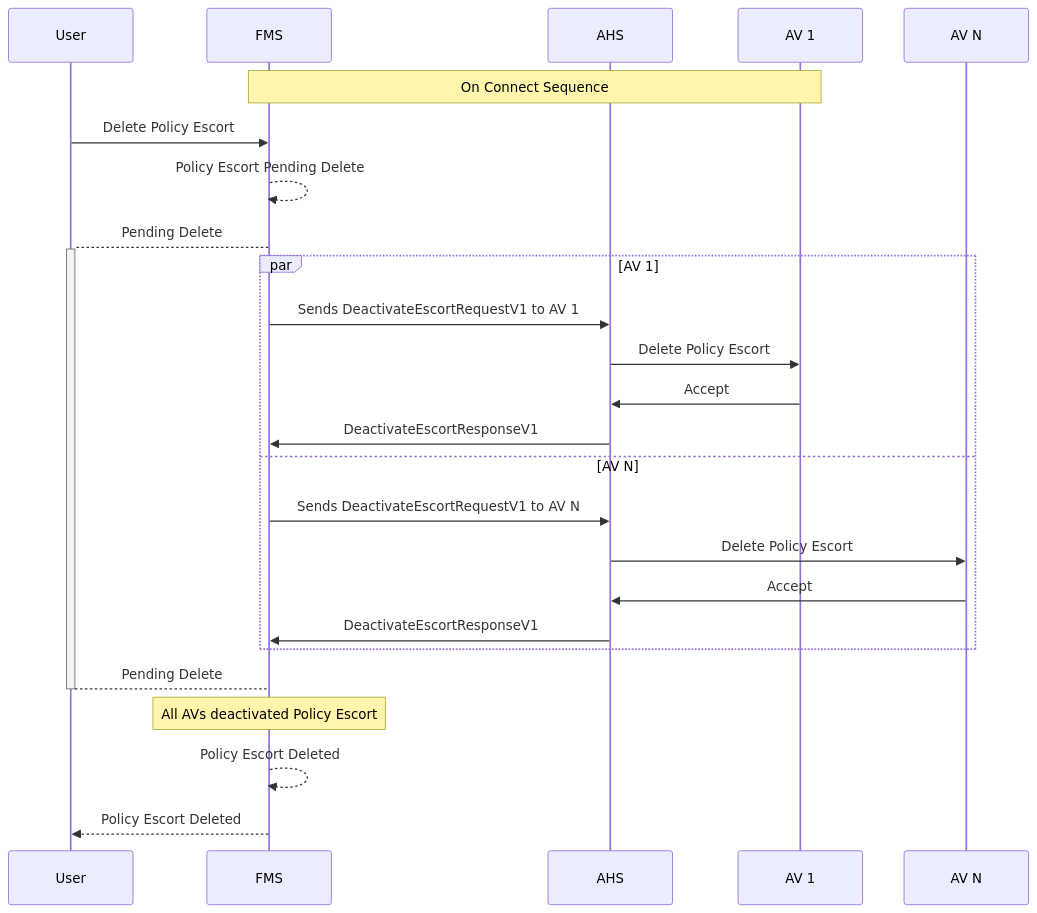
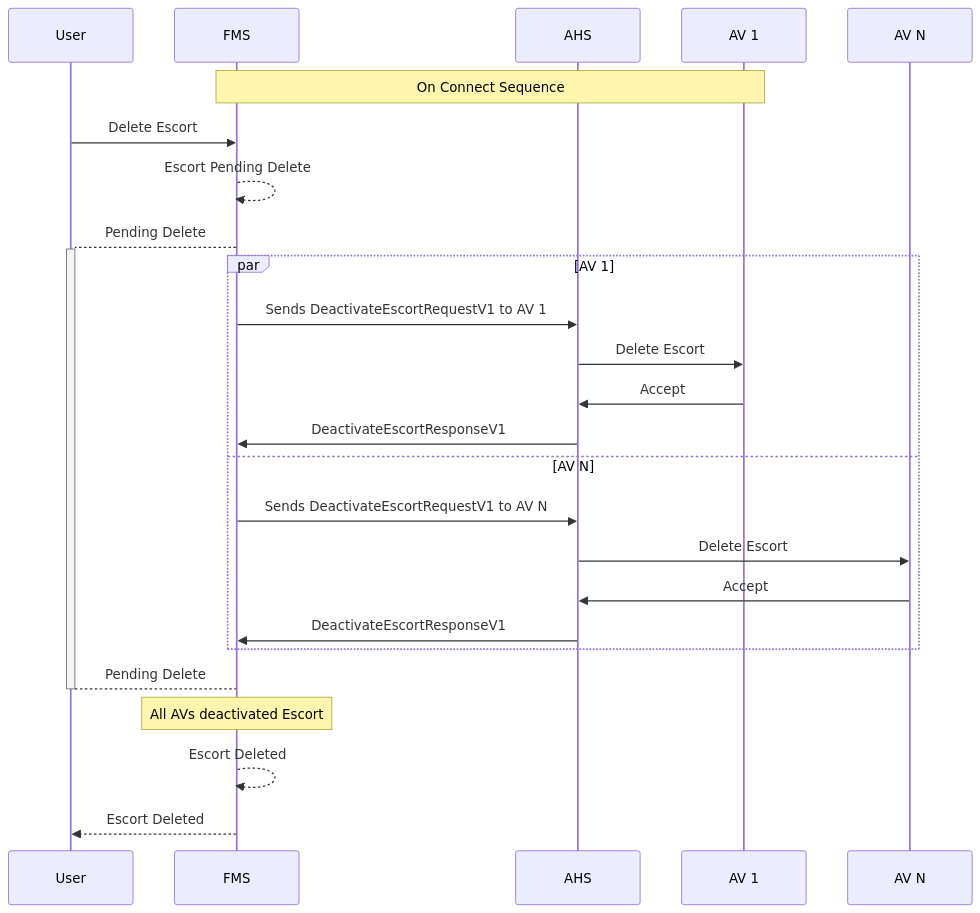
The diagram in diagram/PolicyEscortDeletion.md (open-autonomy/escort), drawn with Mermaid before and after one commit. The commit also changed other lines of this file and 16 other files, not shown here.

Commit message:
Remove "policy" from escort terminology throughout repository

````diff
--- a/diagram/PolicyEscortDeletion.md
+++ b/diagram/PolicyEscortDeletion.md
@@ -10,31 +10,31 @@
 ```mermaid
 sequenceDiagram
     participant User
     participant FMS
     participant AHS
     participant AV 1
     participant AV N
 
     Note over FMS,AV 1: On Connect Sequence
-    User->>FMS: Delete Policy Escort
-    FMS-->>FMS: Policy Escort Pending Delete
+    User->>FMS: Delete Escort
+    FMS-->>FMS: Escort Pending Delete
     FMS-->+User: Pending Delete
 
     par AV 1
         FMS->>AHS: Sends DeactivateEscortRequestV1 to AV 1
-        AHS->>AV 1: Delete Policy Escort
+        AHS->>AV 1: Delete Escort
         AV 1->>AHS: Accept
         AHS->>FMS: DeactivateEscortResponseV1
     and AV N
         FMS->>AHS: Sends DeactivateEscortRequestV1 to AV N
-        AHS->>AV N: Delete Policy Escort
+        AHS->>AV N: Delete Escort
         AV N->>AHS: Accept
         AHS->>FMS: DeactivateEscortResponseV1
     end
 
     User-->-FMS: Pending Delete
 
-    Note Over FMS: All AVs deactivated Policy Escort
-    FMS-->>FMS: Policy Escort Deleted
-    FMS-->>User: Policy Escort Deleted
+    Note Over FMS: All AVs deactivated Escort
+    FMS-->>FMS: Escort Deleted
+    FMS-->>User: Escort Deleted
 ```
````
